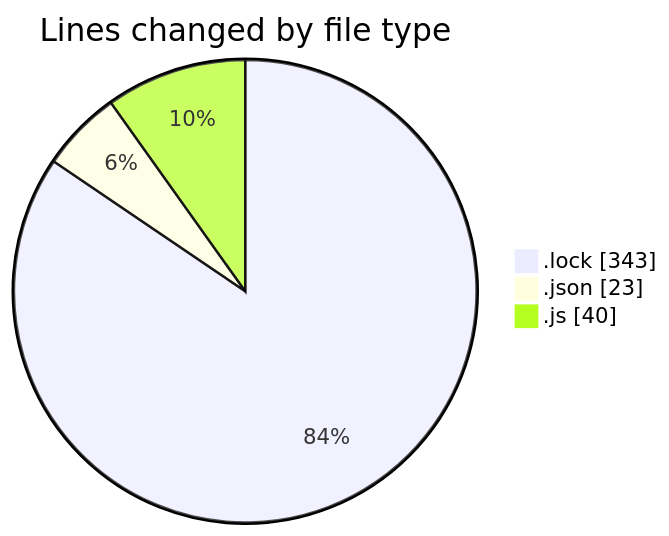
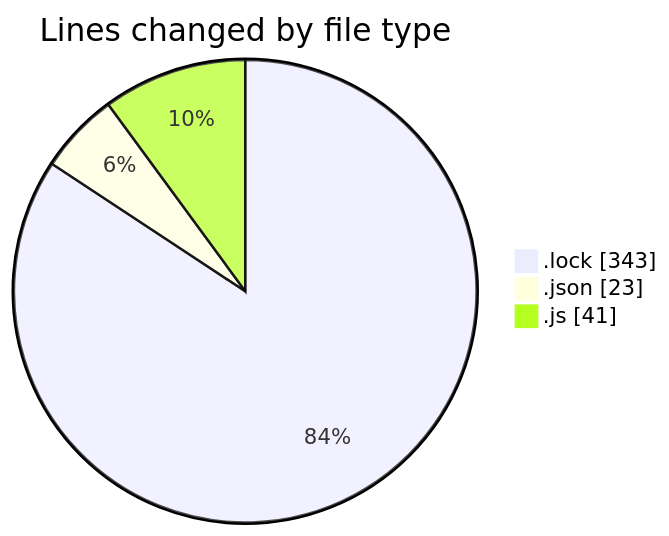
One commit to momahboobian/code-tracking changed the first of 2 diagrams in 2025-01-30/cda/README.md. Above: the diagram before and after it, drawn with Mermaid. The commit also changed other lines of this file and 1 other file, not shown here.

````diff
--- a/2025-01-30/cda/README.md
+++ b/2025-01-30/cda/README.md
@@ -23,7 +23,7 @@
 ```mermaid
 pie showData
 title Lines changed by file type
 ".lock" : 343
 ".json" : 23
-".js" : 40
+".js" : 41
 ```
````
